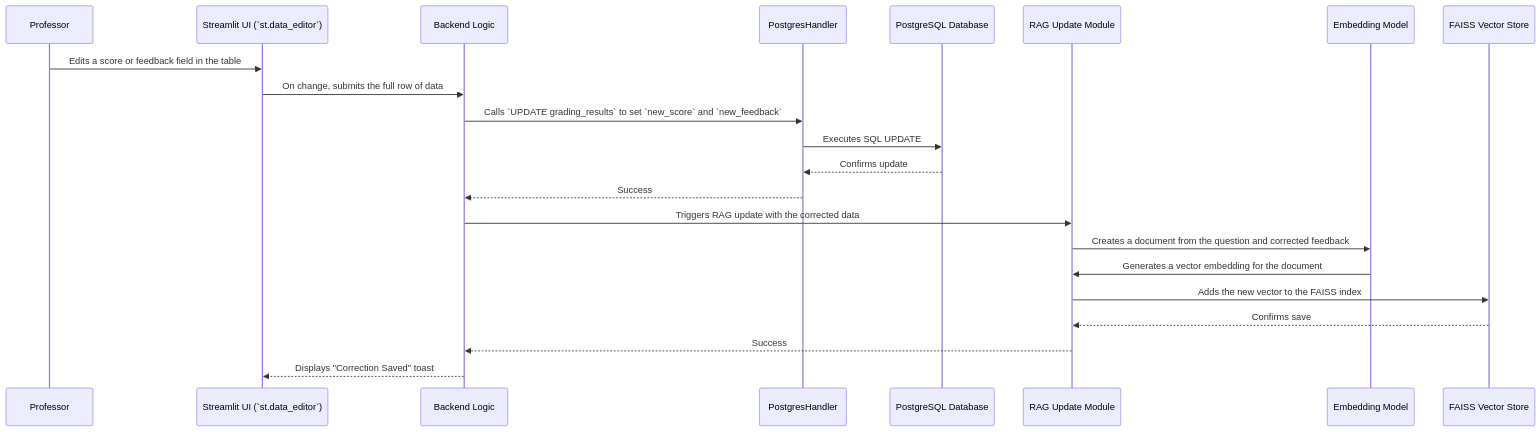
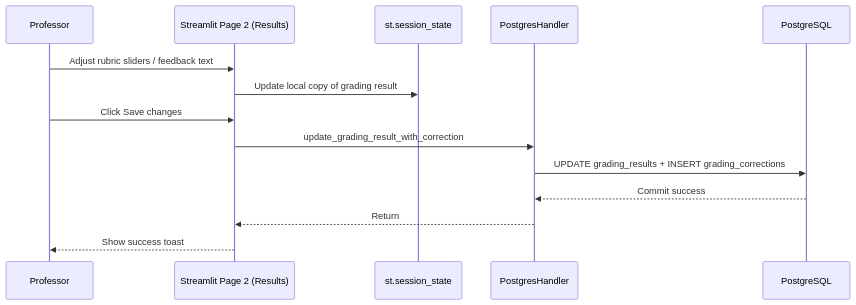
One commit to scriptedbyvedant/autograder_v2-main changed the fourth of 6 diagrams in project_docs/DATA_FLOW.md. Above: the diagram before and after it, drawn with Mermaid. The commit also changed other lines of this file and 6 other files, not shown here.

````diff
--- a/project_docs/DATA_FLOW.md
+++ b/project_docs/DATA_FLOW.md
@@ -153,26 +92,17 @@
 ```mermaid
 sequenceDiagram
-    participant User as Professor
-    participant UI as Streamlit UI (`st.data_editor`)
-    participant Backend as Backend Logic
+    participant Prof as Professor
+    participant UI as Streamlit Page 2 (Results)
+    participant Store as st.session_state
     participant DB as PostgresHandler
-    participant PG as PostgreSQL Database
-    participant RAG as RAG Update Module
-    participant Embed as Embedding Model
-    participant FAISS as FAISS Vector Store
+    participant PG as PostgreSQL
 
-    User->>UI: Edits a score or feedback field in the table
-    UI->>Backend: On change, submits the full row of data
-    Backend->>DB: Calls `UPDATE grading_results` to set `new_score` and `new_feedback`
-    DB->>PG: Executes SQL UPDATE
-    PG-->>DB: Confirms update
-    DB-->>Backend: Success
-
-    Backend->>RAG: Triggers RAG update with the corrected data
-    RAG->>Embed: Creates a document from the question and corrected feedback
-    Embed->>RAG: Generates a vector embedding for the document
-    RAG->>FAISS: Adds the new vector to the FAISS index
-    FAISS-->>RAG: Confirms save
-    RAG-->>Backend: Success
-    Backend-->>UI: Displays "Correction Saved" toast
+    Prof->>UI: Adjust rubric sliders / feedback text
+    UI->>Store: Update local copy of grading result
+    Prof->>UI: Click Save changes
+    UI->>DB: update_grading_result_with_correction
+    DB->>PG: UPDATE grading_results + INSERT grading_corrections
+    PG-->>DB: Commit success
+    DB-->>UI: Return
+    UI-->>Prof: Show success toast
 ```
````
